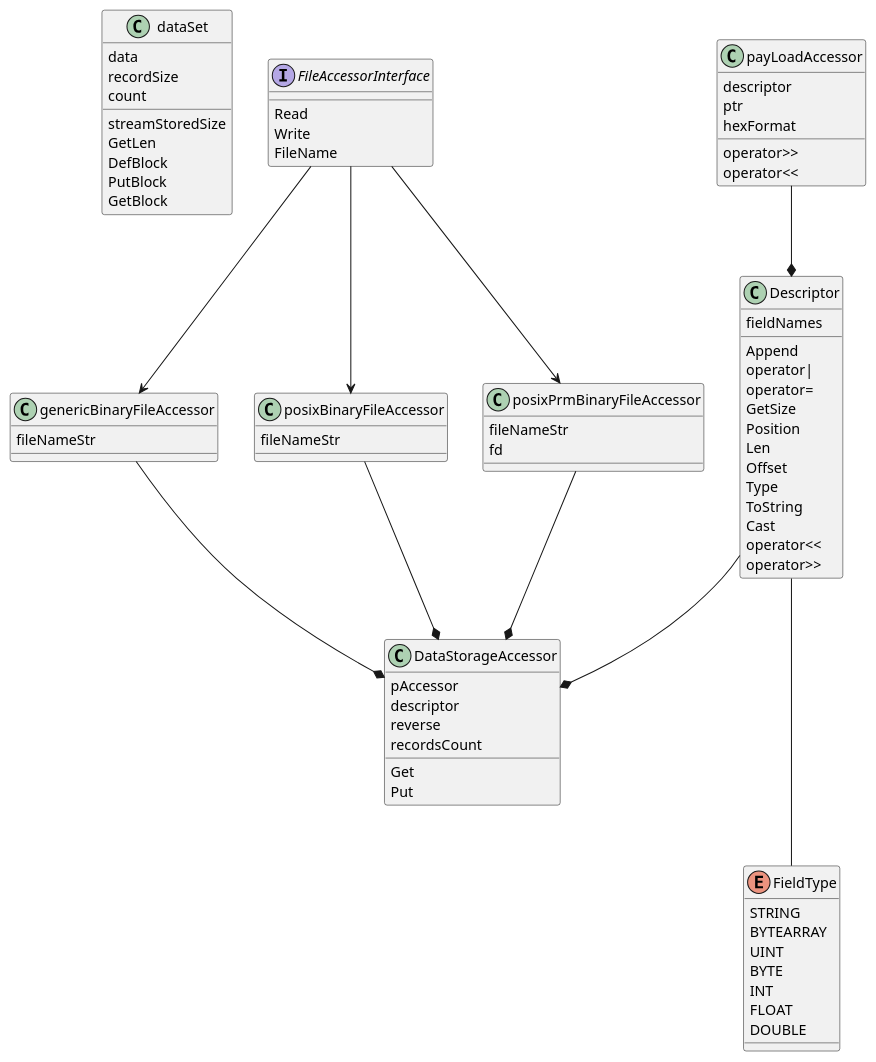
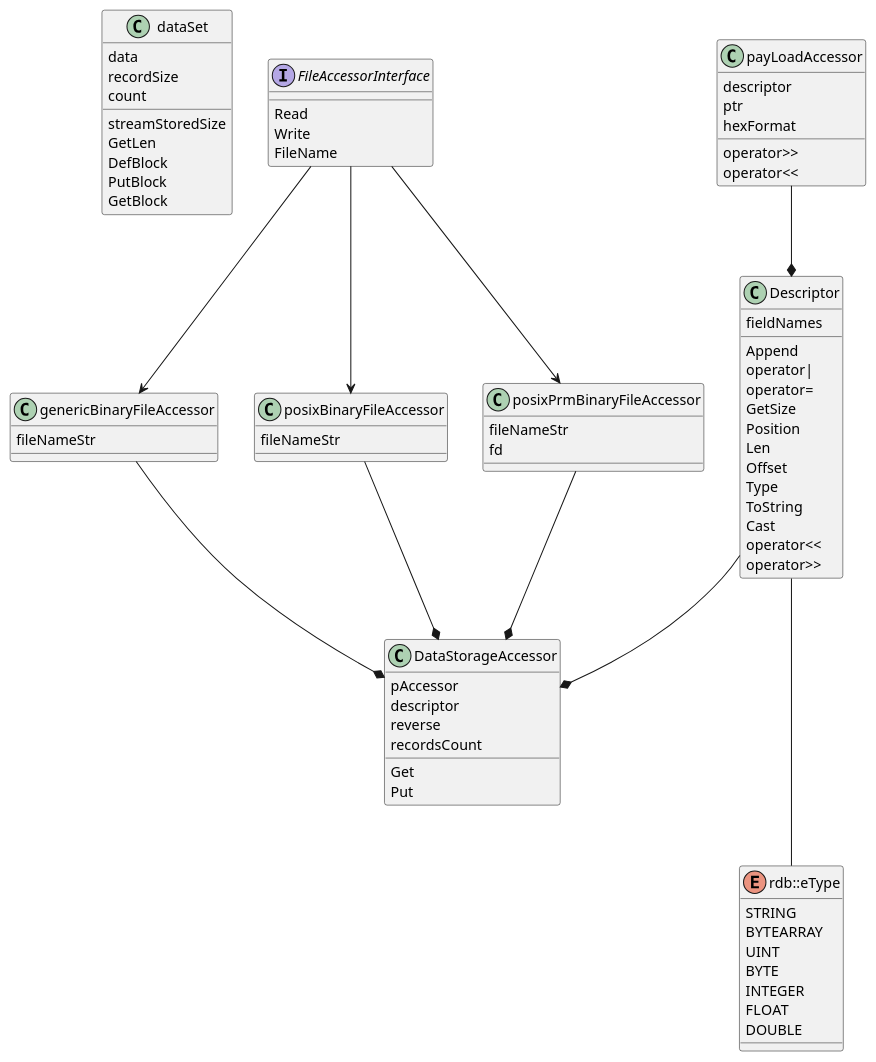
The diagram in src/include/rdb/UML/rdb.puml (michalwidera/retractordb), drawn with PlantUML before and after one commit. The commit also changed 15 other files, not shown here.

```diff
--- a/src/include/rdb/UML/rdb.puml
+++ b/src/include/rdb/UML/rdb.puml
@@ -1,96 +1,96 @@
 @startuml
 
 class dataSet {
     {field} data
     {field} recordSize
     {field} count
 
     {method} streamStoredSize
     {method} GetLen
     {method} DefBlock
     {method} PutBlock
     {method} GetBlock
 }
 
 class Descriptor {
     {field} fieldNames
 
     {method} Append
     {method} operator|
     {method} operator=
     {method} GetSize
     {method} Position
     {method} Len
     {method} Offset
     {method} Type
     {method} ToString
     {method} Cast
     {method} operator<<
     {method} operator>>
 }
 
 class genericBinaryFileAccessor {
     {field} fileNameStr
 }
 
 
 class posixBinaryFileAccessor {
     {field} fileNameStr
 }
 
 class posixPrmBinaryFileAccessor {
     {field} fileNameStr
     {field} fd
 }
 
 
 interface FileAccessorInterface {
     {method} Read
     {method} Write
     {method} FileName
 }
 
 class payLoadAccessor {
     {field} descriptor
     {field} ptr
     {field} hexFormat
 
     {method} operator>>
     {method} operator<<
 }
 
 class DataStorageAccessor {
     {field} pAccessor
     {field} descriptor
     {field} reverse
     {field} recordsCount
 
     {method} Get
     {method} Put
 }
 
-enum FieldType {
+enum rdb::eType {
     STRING
     BYTEARRAY
     UINT
     BYTE
-    INT
+    INTEGER
     FLOAT
     DOUBLE
 }
 
 FileAccessorInterface --> genericBinaryFileAccessor
 FileAccessorInterface --> posixBinaryFileAccessor
 FileAccessorInterface --> posixPrmBinaryFileAccessor
 
 genericBinaryFileAccessor --* DataStorageAccessor
 posixBinaryFileAccessor --* DataStorageAccessor
 posixPrmBinaryFileAccessor --* DataStorageAccessor
 
 Descriptor --* DataStorageAccessor
 
-Descriptor --- FieldType
+Descriptor --- rdb::eType
 
 payLoadAccessor --* Descriptor
 
 @enduml
```
